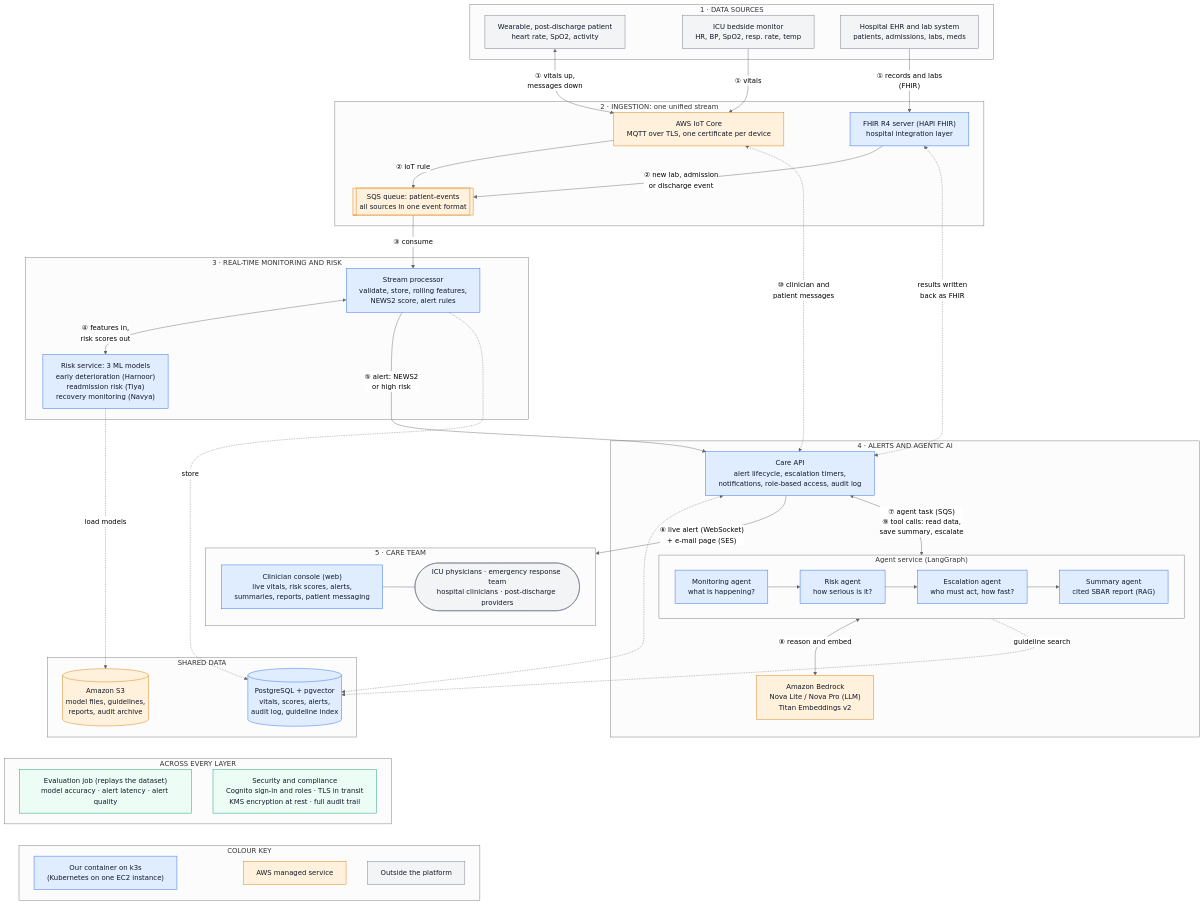
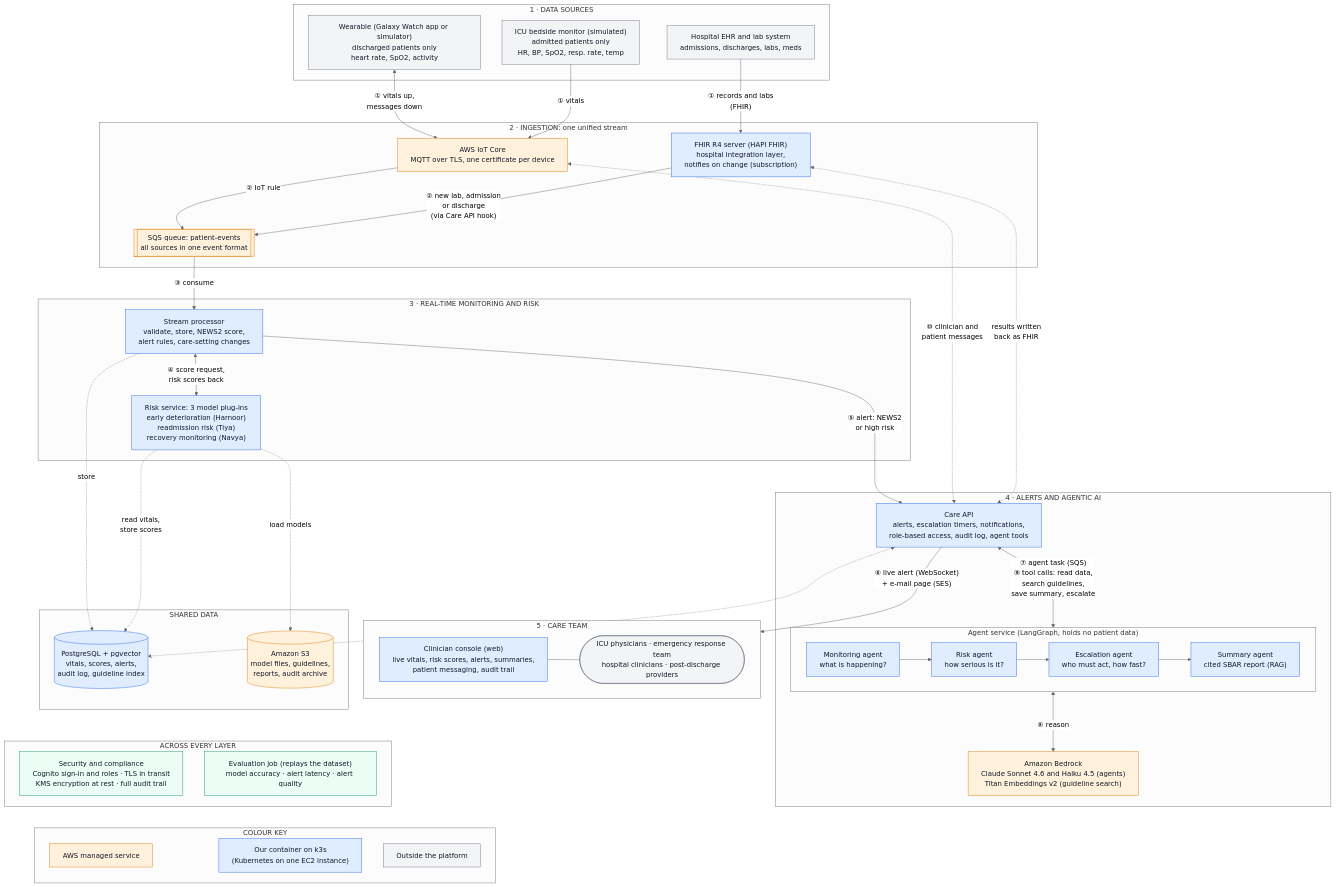
The diagram in docs/architecture-simple.mmd (ritikpatel/rpm-agent), drawn with Mermaid (neutral theme) before and after one commit. The commit also changed 30 other files, not shown here.

Commit message:
Evaluation tool (replay, latency, agent audit), documentation, CI, watch provisioning for the new platform

```diff
--- a/docs/architecture-simple.mmd
+++ b/docs/architecture-simple.mmd
@@ -1,82 +1,82 @@
 %%{init: {"flowchart": {"wrappingWidth": 340}}}%%
 flowchart TB
   subgraph SRC["1 · DATA SOURCES"]
-    W["Wearable, post-discharge patient<br/>heart rate, SpO2, activity"]
-    ICU["ICU bedside monitor<br/>HR, BP, SpO2, resp. rate, temp"]
-    EHR["Hospital EHR and lab system<br/>patients, admissions, labs, meds"]
+    W["Wearable (Galaxy Watch app or simulator)<br/>discharged patients only<br/>heart rate, SpO2, activity"]
+    ICU["ICU bedside monitor (simulated)<br/>admitted patients only<br/>HR, BP, SpO2, resp. rate, temp"]
+    EHR["Hospital EHR and lab system<br/>admissions, discharges, labs, meds"]
   end
 
   subgraph ING["2 · INGESTION: one unified stream"]
     IOT["AWS IoT Core<br/>MQTT over TLS, one certificate per device"]
-    FHIR["FHIR R4 server (HAPI FHIR)<br/>hospital integration layer"]
+    FHIR["FHIR R4 server (HAPI FHIR)<br/>hospital integration layer,<br/>notifies on change (subscription)"]
     Q[["SQS queue: patient-events<br/>all sources in one event format"]]
   end
 
   subgraph RT["3 · REAL-TIME MONITORING AND RISK"]
-    SP["Stream processor<br/>validate, store, rolling features,<br/>NEWS2 score, alert rules"]
-    RS["Risk service: 3 ML models<br/>early deterioration (Harnoor)<br/>readmission risk (Tiya)<br/>recovery monitoring (Navya)"]
+    SP["Stream processor<br/>validate, store, NEWS2 score,<br/>alert rules, care-setting changes"]
+    RS["Risk service: 3 model plug-ins<br/>early deterioration (Harnoor)<br/>readmission risk (Tiya)<br/>recovery monitoring (Navya)"]
   end
 
   subgraph ACT["4 · ALERTS AND AGENTIC AI"]
-    API["Care API<br/>alert lifecycle, escalation timers,<br/>notifications, role-based access, audit log"]
-    subgraph AGS["Agent service (LangGraph)"]
+    API["Care API<br/>alerts, escalation timers, notifications,<br/>role-based access, audit log, agent tools"]
+    subgraph AGS["Agent service (LangGraph, holds no patient data)"]
       direction LR
       A1["Monitoring agent<br/>what is happening?"] --> A2["Risk agent<br/>how serious is it?"] --> A3["Escalation agent<br/>who must act, how fast?"] --> A4["Summary agent<br/>cited SBAR report (RAG)"]
     end
-    LLM["Amazon Bedrock<br/>Nova Lite / Nova Pro (LLM)<br/>Titan Embeddings v2"]
+    LLM["Amazon Bedrock<br/>Claude Sonnet 4.6 and Haiku 4.5 (agents)<br/>Titan Embeddings v2 (guideline search)"]
   end
 
   subgraph OUT["5 · CARE TEAM"]
-    UI["Clinician console (web)<br/>live vitals, risk scores, alerts,<br/>summaries, reports, patient messaging"]
+    UI["Clinician console (web)<br/>live vitals, risk scores, alerts, summaries,<br/>patient messaging, audit trail"]
     USERS(["ICU physicians · emergency response team<br/>hospital clinicians · post-discharge providers"])
   end
 
   subgraph DATA["SHARED DATA"]
     DB[("PostgreSQL + pgvector<br/>vitals, scores, alerts,<br/>audit log, guideline index")]
     S3[("Amazon S3<br/>model files, guidelines,<br/>reports, audit archive")]
   end
 
   subgraph X["ACROSS EVERY LAYER"]
     SEC["Security and compliance<br/>Cognito sign-in and roles · TLS in transit<br/>KMS encryption at rest · full audit trail"]
     EVAL["Evaluation job (replays the dataset)<br/>model accuracy · alert latency · alert quality"]
   end
 
   subgraph KEY["COLOUR KEY"]
     K1["AWS managed service"]
     K2["Our container on k3s<br/>(Kubernetes on one EC2 instance)"]
     K3["Outside the platform"]
   end
 
   W <-->|"① vitals up,<br/>messages down"| IOT
   ICU -->|"① vitals"| IOT
   EHR -->|"① records and labs<br/>(FHIR)"| FHIR
   IOT -->|"② IoT rule"| Q
-  FHIR -->|"② new lab, admission<br/>or discharge event"| Q
+  FHIR -->|"② new lab, admission<br/>or discharge<br/>(via Care API hook)"| Q
   Q -->|"③ consume"| SP
-  SP <-->|"④ features in,<br/>risk scores out"| RS
+  SP <-->|"④ score request,<br/>risk scores back"| RS
   SP --->|"⑤ alert: NEWS2<br/>or high risk"| API
   API -->|"⑥ live alert (WebSocket)<br/>+ e-mail page (SES)"| OUT
   UI --- USERS
-  API <-->|"⑦ agent task (SQS)<br/>⑨ tool calls: read data,<br/>save summary, escalate"| AGS
-  AGS <-->|"⑧ reason and embed"| LLM
+  API <-->|"⑦ agent task (SQS)<br/>⑨ tool calls: read data,<br/>search guidelines,<br/>save summary, escalate"| AGS
+  AGS <-->|"⑧ reason"| LLM
   IOT <-.->|"⑩ clinician and<br/>patient messages"| API
   FHIR <-.->|"results written<br/>back as FHIR"| API
 
   SP -.->|"store"| DB
   API <-.-> DB
-  AGS -.->|"guideline search"| DB
+  RS -.->|"read vitals,<br/>store scores"| DB
   RS -.->|"load models"| S3
 
   DB ~~~ SEC
   S3 ~~~ EVAL
   SEC ~~~ K1
   EVAL ~~~ K2
 
   classDef ext fill:#F3F4F6,stroke:#6B7280,color:#111827
   classDef aws fill:#FFF1DC,stroke:#D97706,color:#111827
   classDef k8s fill:#E0EDFF,stroke:#2563EB,color:#111827
   classDef note fill:#ECFDF5,stroke:#059669,color:#111827
   class W,ICU,EHR,USERS,K3 ext
   class IOT,Q,LLM,S3,K1 aws
   class FHIR,SP,RS,API,A1,A2,A3,A4,UI,DB,K2 k8s
   class SEC,EVAL note
```
